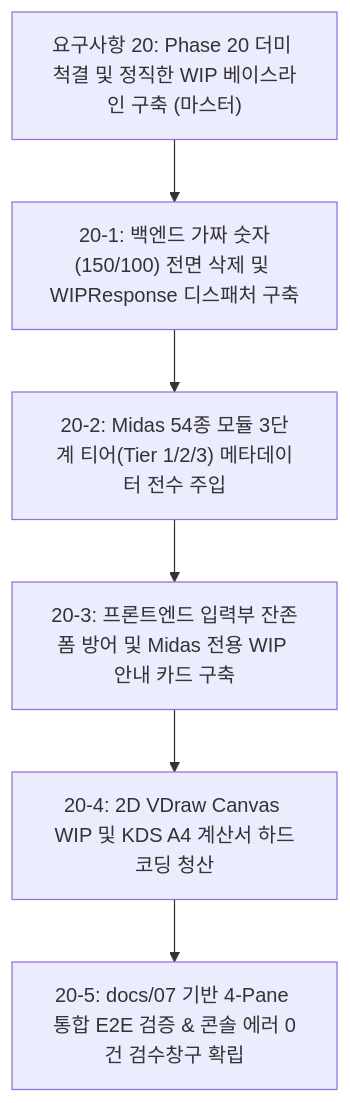
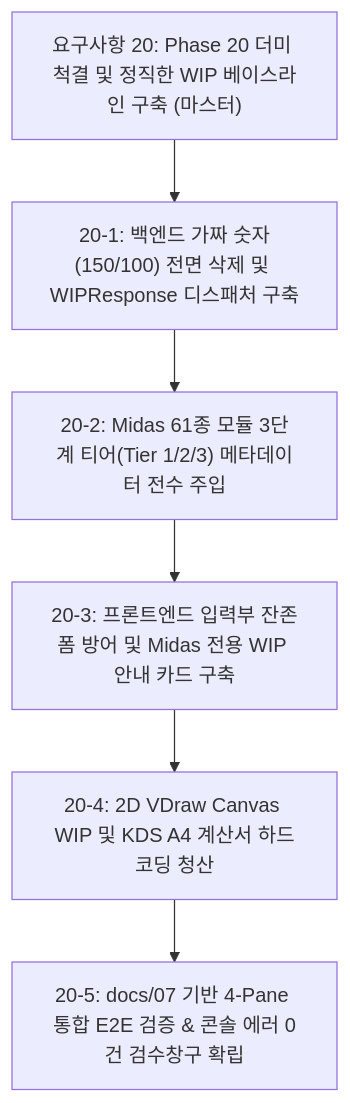
One commit to zlkiki/AltDP_3rd changed the diagram in 요구사항/요구사항20_Phase20_더미코드_전면제거_및_정직한_WIP_베이스라인_구축.md. Above: the diagram before and after it, drawn with Mermaid. The commit also changed other lines of this file and 9 other files, not shown here.

````diff
--- a/요구사항/요구사항20_Phase20_더미코드_전면제거_및_정직한_WIP_베이스라인_구축.md
+++ b/요구사항/요구사항20_Phase20_더미코드_전면제거_및_정직한_WIP_베이스라인_구축.md
@@ -165,12 +199,12 @@
 ```mermaid
 flowchart TD
     Req20["요구사항 20: Phase 20 더미 척결 및 정직한 WIP 베이스라인 구축 (마스터)"]
     
     P1["20-1: 백엔드 가짜 숫자(150/100) 전면 삭제 및 WIPResponse 디스패처 구축"]
-    P2["20-2: Midas 54종 모듈 3단계 티어(Tier 1/2/3) 메타데이터 전수 주입"]
+    P2["20-2: Midas 61종 모듈 3단계 티어(Tier 1/2/3) 메타데이터 전수 주입"]
     P3["20-3: 프론트엔드 입력부 잔존폼 방어 및 Midas 전용 WIP 안내 카드 구축"]
     P4["20-4: 2D VDraw Canvas WIP 및 KDS A4 계산서 하드코딩 청산"]
     P5["20-5: docs/07 기반 4-Pane 통합 E2E 검증 & 콘솔 에러 0건 검수창구 확립"]
 
     Req20 --> P1 --> P2 --> P3 --> P4 --> P5
 ```
````
